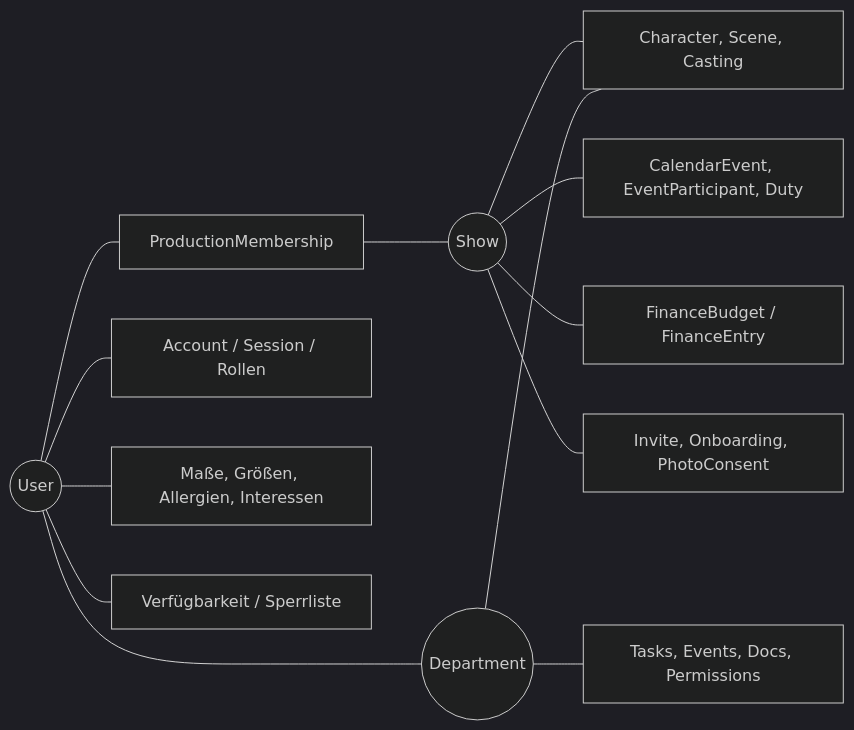
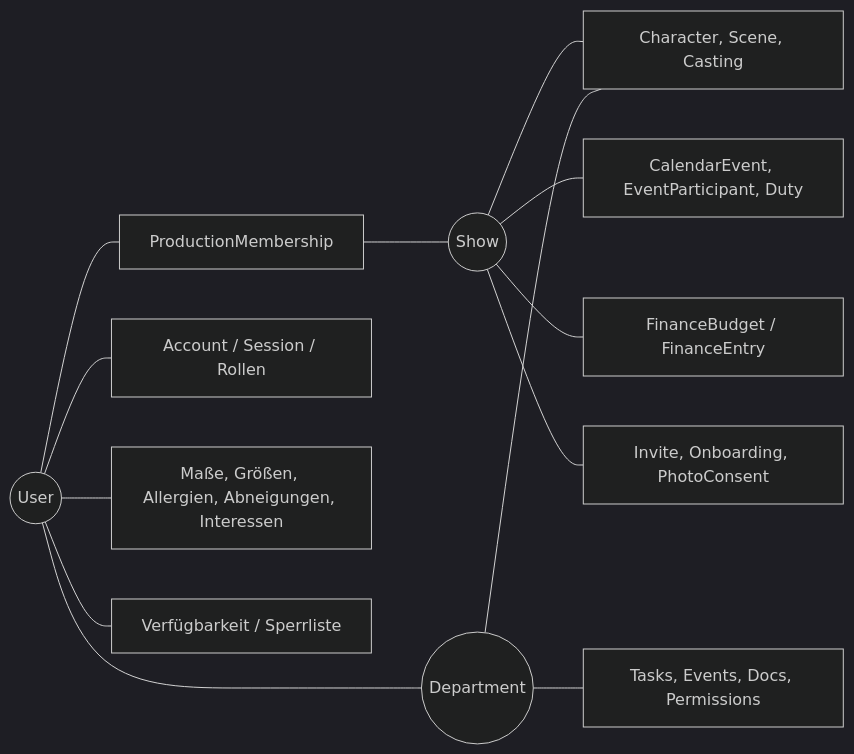
Before and after one commit to Schlossparktheater-Altrossthal/Website: the first of 6 diagrams in docs/datenmodell.md, drawn with Mermaid (dark theme). The commit also changed other lines of this file and 3 other files, not shown here.

````diff
--- a/docs/datenmodell.md
+++ b/docs/datenmodell.md
@@ -19,14 +19,14 @@
 ```mermaid
 flowchart LR
     User((User)) --- PM[ProductionMembership] --- Show((Show))
     User --- Auth[Account / Session / Rollen]
-    User --- Pers[Maße, Größen, Allergien, Interessen]
+    User --- Pers[Maße, Größen, Allergien, Abneigungen, Interessen]
     User --- Avail[Verfügbarkeit / Sperrliste]
     Show --- Stueck[Character, Scene, Casting]
     Show --- Proben[CalendarEvent, EventParticipant, Duty]
     Show --- Fin[FinanceBudget / FinanceEntry]
     Show --- Onb[Invite, Onboarding, PhotoConsent]
     Dept((Department)) --- Stueck
     Dept --- DeptX[Tasks, Events, Docs, Permissions]
     User --- Dept
 ```
````
